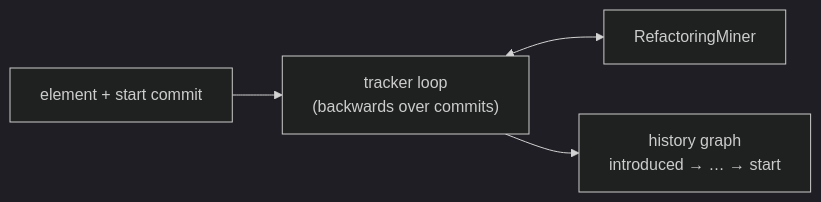
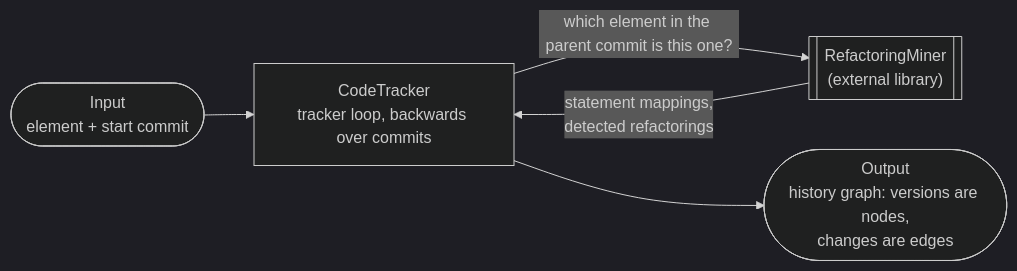
One commit to parinaz-st/code-tracker changed the diagram in CODEBASE-ONBOARDING.md. Above: the diagram before and after it, drawn with Mermaid (dark theme). The commit also changed other lines of this file and 11 other files, not shown here.

````diff
--- a/CODEBASE-ONBOARDING.md
+++ b/CODEBASE-ONBOARDING.md
@@ -11,6 +11,7 @@
 ```mermaid
 flowchart LR
-    Q["element + start commit"] --> T["tracker loop<br/>(backwards over commits)"]
-    T <--> RM["RefactoringMiner"]
-    T --> H["history graph<br/>introduced → … → start"]
+    Q(["Input<br/>element + start commit"]) --> T["CodeTracker<br/>tracker loop, backwards over commits"]
+    T -->|"which element in the parent commit is this one?"| RM[["RefactoringMiner<br/>(external library)"]]
+    RM -->|"statement mappings,<br/>detected refactorings"| T
+    T --> H(["Output<br/>history graph: versions are nodes,<br/>changes are edges"])
 ```
````
